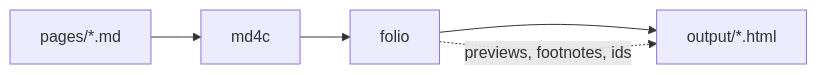
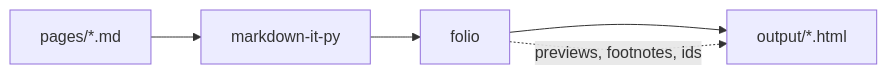
Before and after one commit to wilbeibi/lamina: the diagram in example/pages/notes/2026-09-08-hello-folio.md, drawn with Mermaid. The commit also changed other lines of this file and 3 other files, not shown here.

````diff
--- a/example/pages/notes/2026-09-08-hello-folio.md
+++ b/example/pages/notes/2026-09-08-hello-folio.md
@@ -40,5 +40,5 @@
 ```mermaid
 flowchart LR
-  md[pages/*.md] --> md4c --> folio --> out[output/*.html]
+  md[pages/*.md] --> markdown-it-py --> folio --> out[output/*.html]
   folio -. previews, footnotes, ids .-> out
 ```
````
